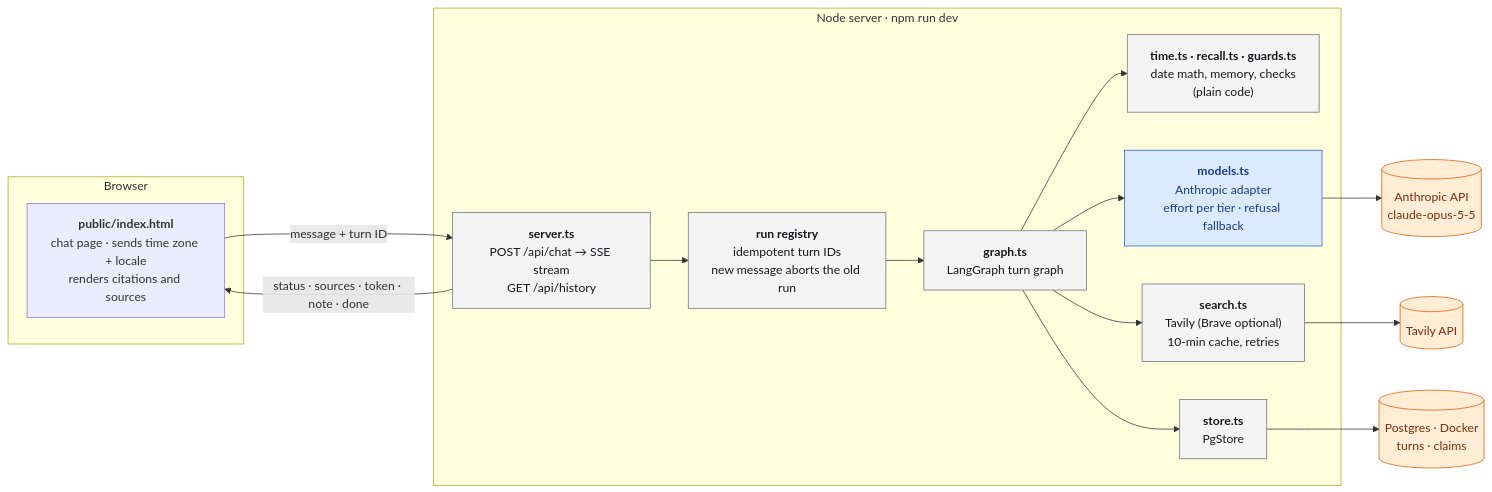
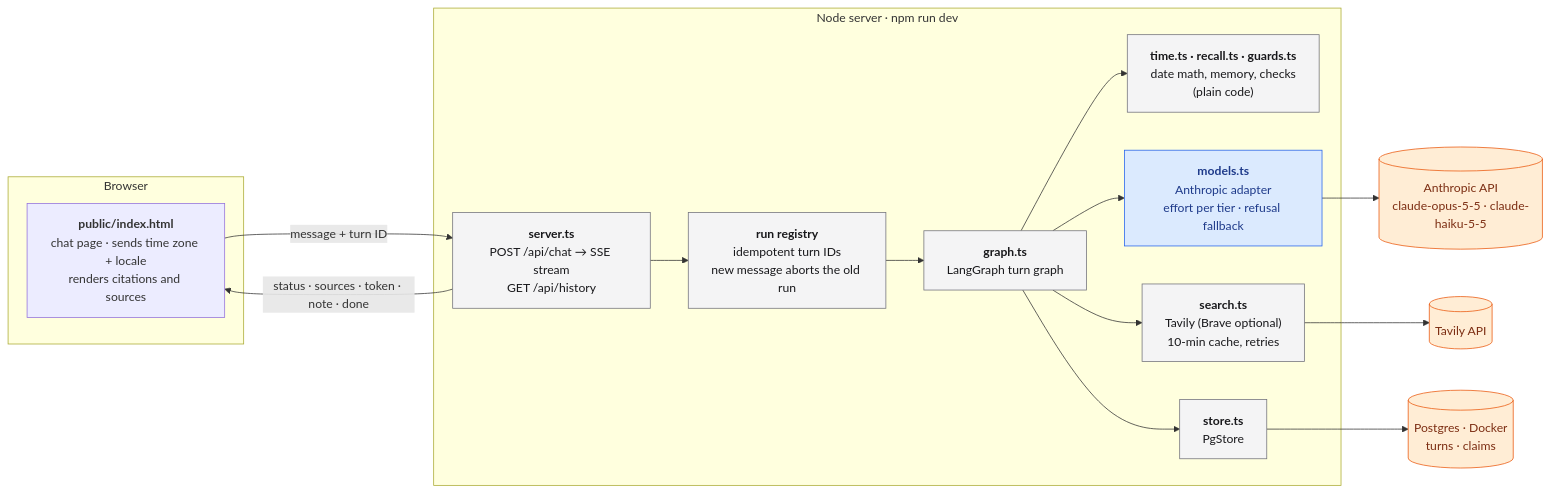
One commit to sreenivasivbieb/mimo changed the diagram in docs/architecture.mmd. Above: the diagram before and after it, drawn with Mermaid. The commit also changed 11 other files, not shown here.

```diff
--- a/docs/architecture.mmd
+++ b/docs/architecture.mmd
@@ -1,33 +1,33 @@
 flowchart LR
   subgraph browser["Browser"]
     ui["<b>public/index.html</b><br/>chat page · sends time zone + locale<br/>renders citations and sources"]
   end
 
   subgraph server["Node server · npm run dev"]
     http["<b>server.ts</b><br/>POST /api/chat → SSE stream<br/>GET /api/history"]
     runs["<b>run registry</b><br/>idempotent turn IDs<br/>new message aborts the old run"]
     turngraph["<b>graph.ts</b><br/>LangGraph turn graph"]
     logic["<b>time.ts · recall.ts · guards.ts</b><br/>date math, memory, checks<br/>(plain code)"]
     models["<b>models.ts</b><br/>Anthropic adapter<br/>effort per tier · refusal fallback"]
     search["<b>search.ts</b><br/>Tavily (Brave optional)<br/>10-min cache, retries"]
     store["<b>store.ts</b><br/>PgStore"]
   end
 
-  claude[("Anthropic API<br/>claude-opus-5-5")]
+  claude[("Anthropic API<br/>claude-opus-5-5 · claude-haiku-5-5")]
   tavily[("Tavily API")]
   pg[("Postgres · Docker<br/>turns · claims")]
 
   ui -- "message + turn ID" --> http
   http -- "status · sources · token · note · done" --> ui
   http --> runs --> turngraph
   turngraph --> logic
   turngraph --> models --> claude
   turngraph --> search --> tavily
   turngraph --> store --> pg
 
   classDef code fill:#f4f4f5,stroke:#71717a,color:#18181b
   classDef model fill:#dbeafe,stroke:#2563eb,color:#1e3a8a
   classDef data fill:#ffedd5,stroke:#ea580c,color:#7c2d12
   class http,runs,turngraph,logic,search,store code
   class models model
   class claude,tavily,pg data
```
